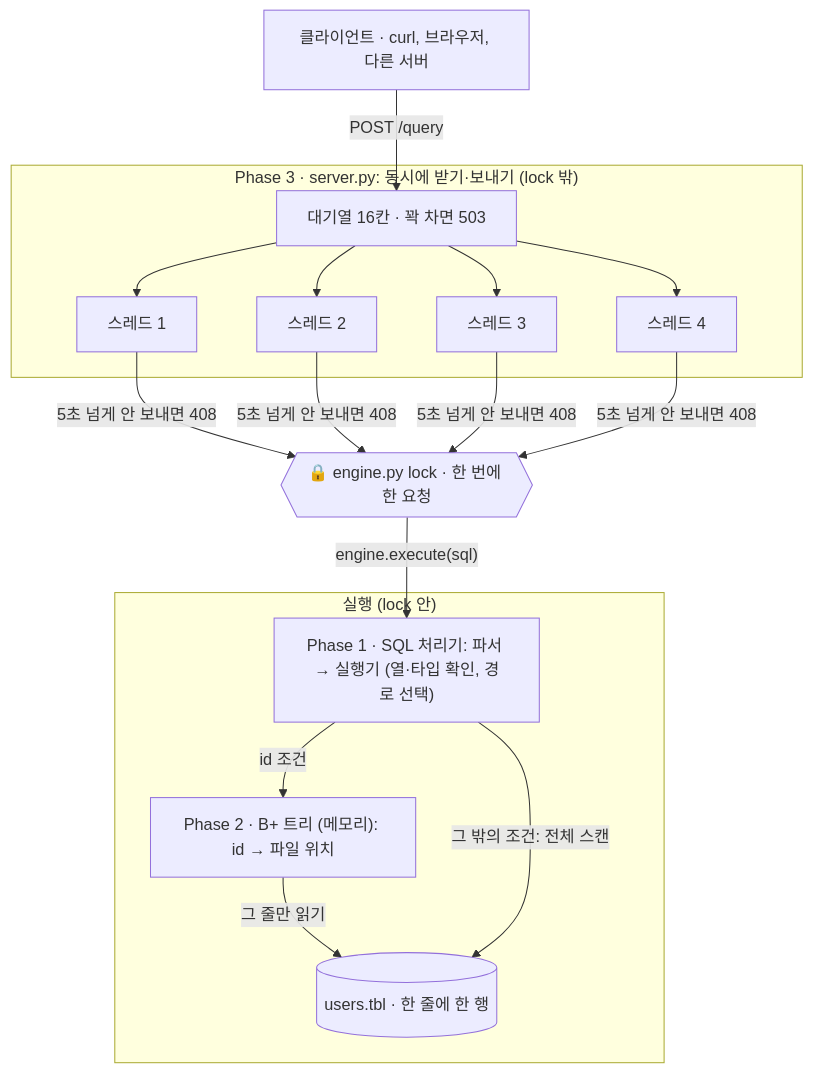
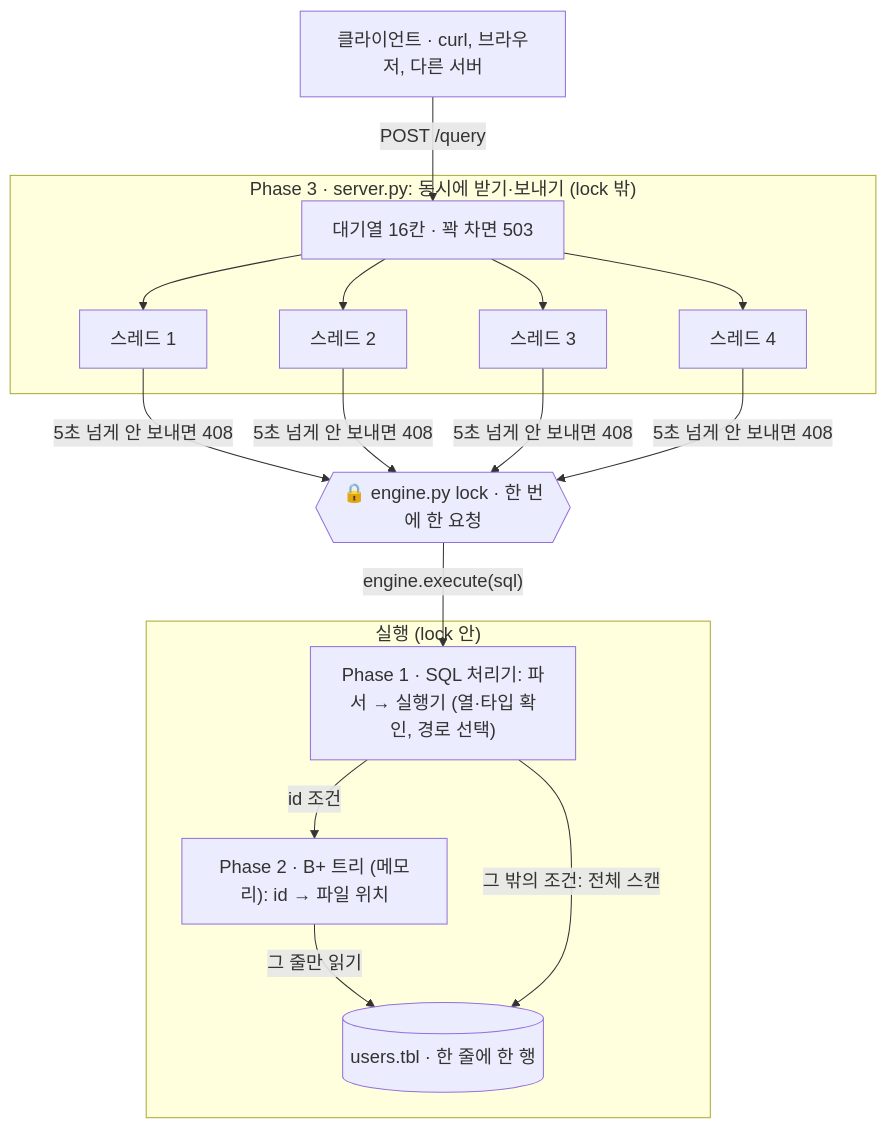
One commit to team1-mini-lab/mini-dbms changed the first of 2 diagrams in README.md. Above: the diagram before and after it, drawn with Mermaid. The commit also changed other lines of this file and 1 other file, not shown here.

First line of the commit message:
README: 받기·보내기 겹치기를 밝은 그림(PNG)으로, Mermaid는 밝은 테마·큰 글씨

````diff
--- a/README.md
+++ b/README.md
@@ -23,23 +23,24 @@
 ```mermaid
+%%{init: {"theme": "default", "themeVariables": {"fontSize": "18px"}}}%%
 flowchart TD
     C["클라이언트 · curl, 브라우저, 다른 서버"]
     subgraph P3["Phase 3 · server.py: 동시에 받기·보내기 (lock 밖)"]
         Q["대기열 16칸 · 꽉 차면 503"]
         W1["스레드 1"]
         W2["스레드 2"]
         W3["스레드 3"]
         W4["스레드 4"]
     end
     L{{"🔒 engine.py lock · 한 번에 한 요청"}}
     subgraph RUN["실행 (lock 안)"]
         P1["Phase 1 · SQL 처리기: 파서 → 실행기 (열·타입 확인, 경로 선택)"]
         BT["Phase 2 · B+ 트리 (메모리): id → 파일 위치"]
         F[("users.tbl · 한 줄에 한 행")]
     end
     C -->|"POST /query"| Q
     Q --> W1 & W2 & W3 & W4
     W1 & W2 & W3 & W4 -->|"5초 넘게 안 보내면 408"| L
     L -->|"engine.execute(sql)"| P1
     P1 -->|"id 조건"| BT -->|"그 줄만 읽기"| F
     P1 -->|"그 밖의 조건: 전체 스캔"| F
 ```
````
